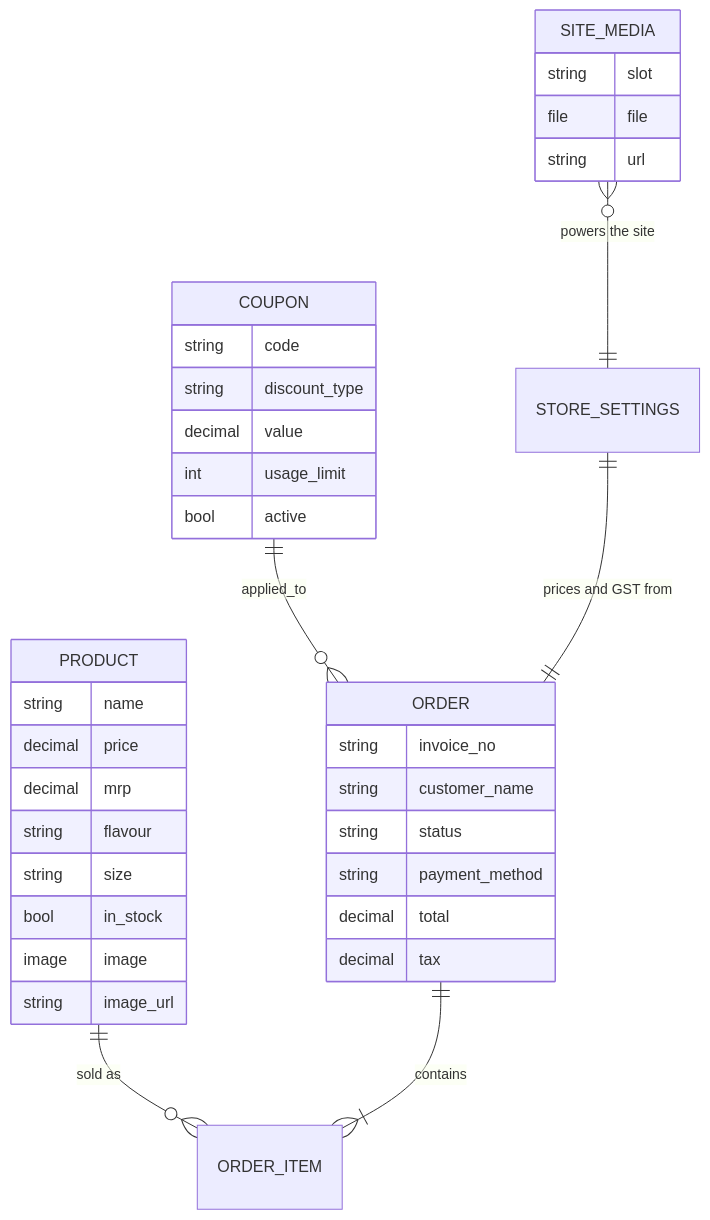
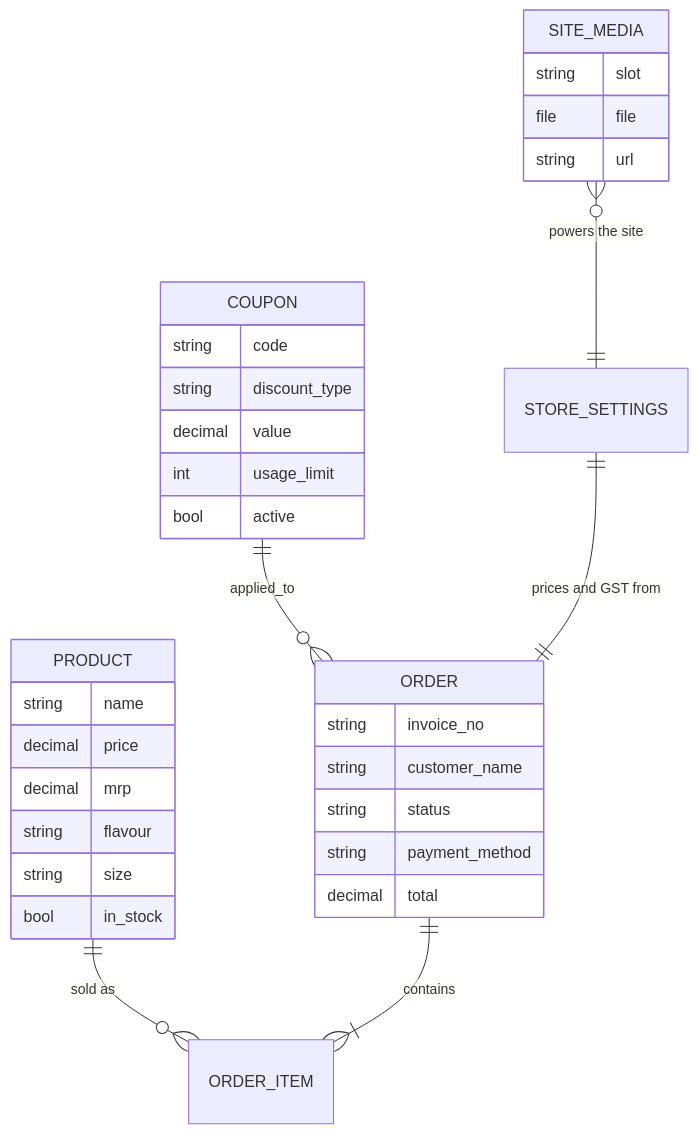
The fourth of 9 diagrams in README.md (Ruchitra-Jasmatiya/animation-clash), drawn with Mermaid before and after one commit. The commit also changed other lines of this file, not shown here.

````diff
--- a/README.md
+++ b/README.md
@@ -195,39 +263,36 @@
 ```mermaid
 erDiagram
     PRODUCT ||--o{ ORDER_ITEM : "sold as"
     ORDER ||--|{ ORDER_ITEM : contains
     COUPON ||--o{ ORDER : applied_to
     STORE_SETTINGS ||--|| ORDER : "prices and GST from"
     SITE_MEDIA }o--|| STORE_SETTINGS : "powers the site"
 
     PRODUCT {
         string name
         decimal price
         decimal mrp
         string flavour
         string size
         bool in_stock
-        image image
-        string image_url
     }
     ORDER {
         string invoice_no
         string customer_name
         string status
         string payment_method
         decimal total
-        decimal tax
     }
     COUPON {
         string code
         string discount_type
         decimal value
         int usage_limit
         bool active
     }
     SITE_MEDIA {
         string slot
         file file
         string url
     }
 ```
````
